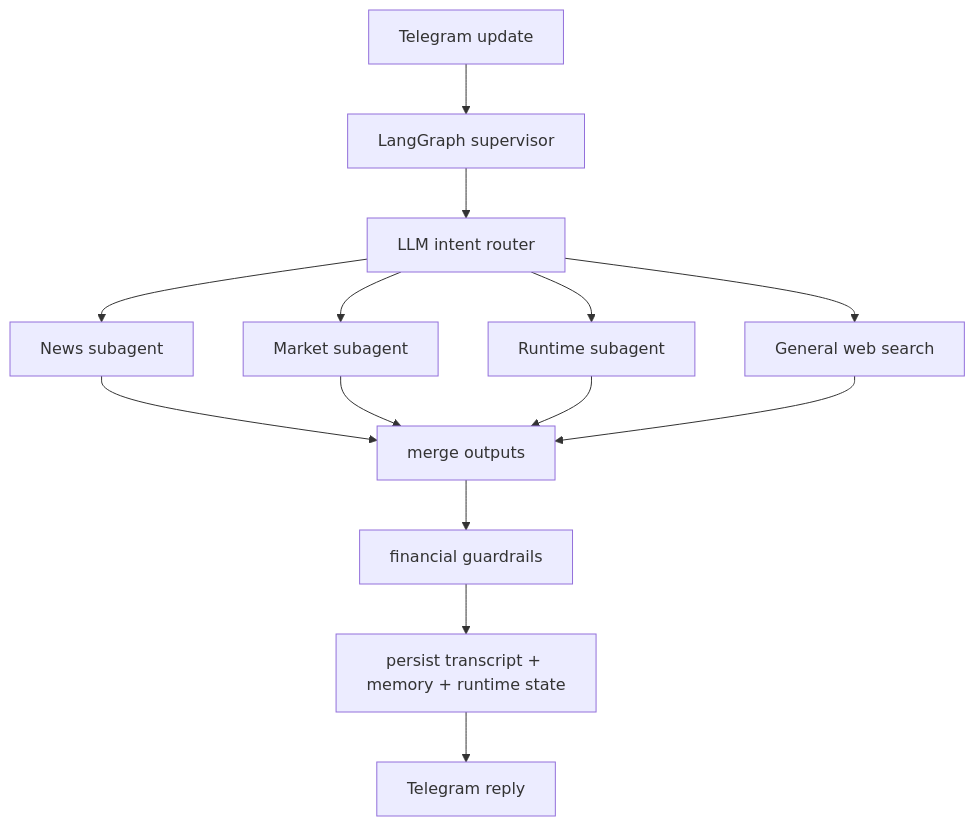
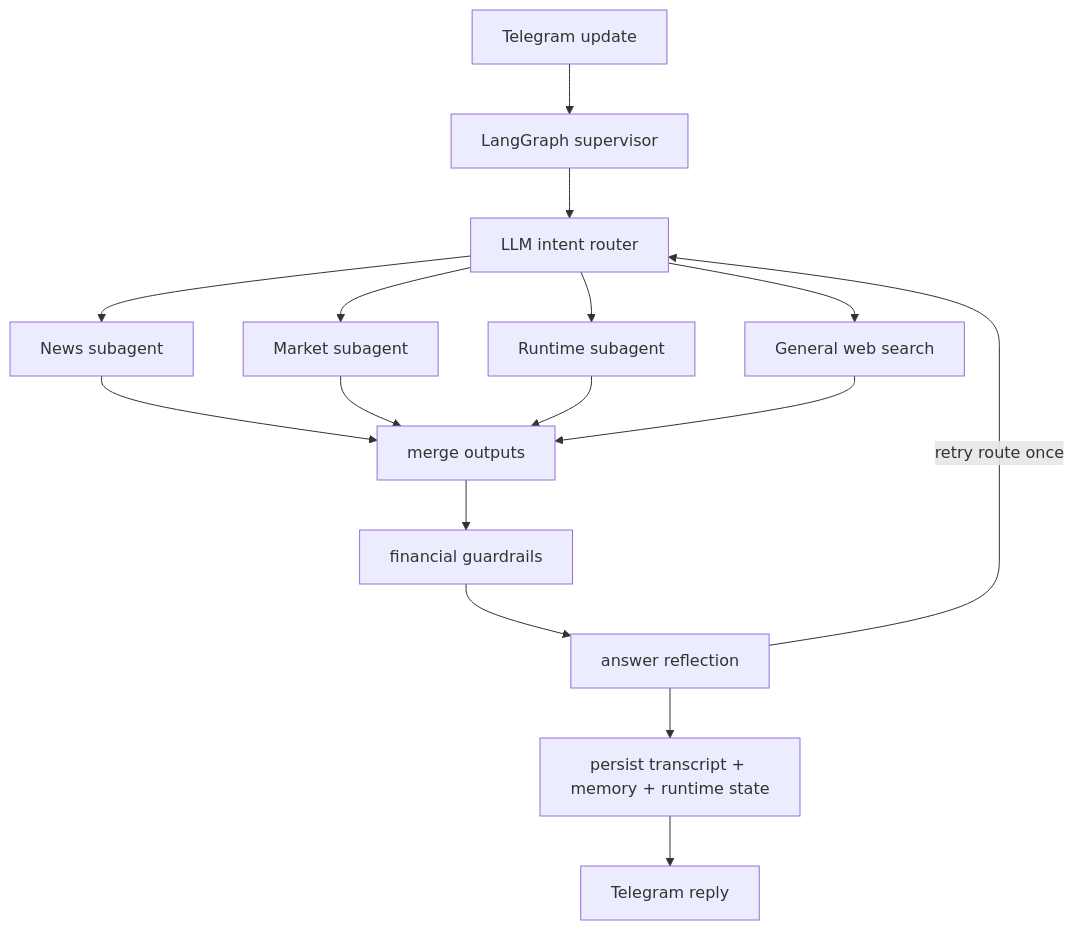
The first of 2 diagrams in README.md (whr129/Hello-Stock), drawn with Mermaid before and after one commit. The commit also changed other lines of this file and 19 other files, not shown here.

````diff
--- a/README.md
+++ b/README.md
@@ -30,16 +31,18 @@
 ```mermaid
 flowchart TD
     telegram[Telegram update] --> supervisor[LangGraph supervisor]
     supervisor --> router[LLM intent router]
     router --> news[News subagent]
     router --> market[Market subagent]
     router --> runtime[Runtime subagent]
     router --> search[General web search]
     news --> merge[merge outputs]
     market --> merge
     runtime --> merge
     search --> merge
     merge --> guardrails[financial guardrails]
-    guardrails --> persist[persist transcript + memory + runtime state]
+    guardrails --> reflect[answer reflection]
+    reflect -->|retry route once| router
+    reflect --> persist[persist transcript + memory + runtime state]
     persist --> reply[Telegram reply]
 ```
````
